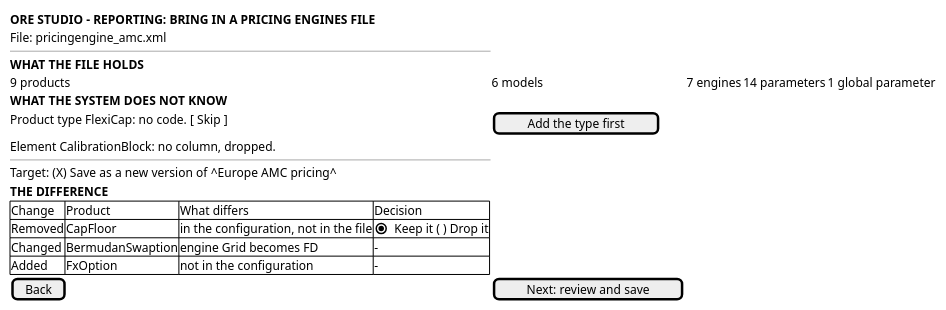
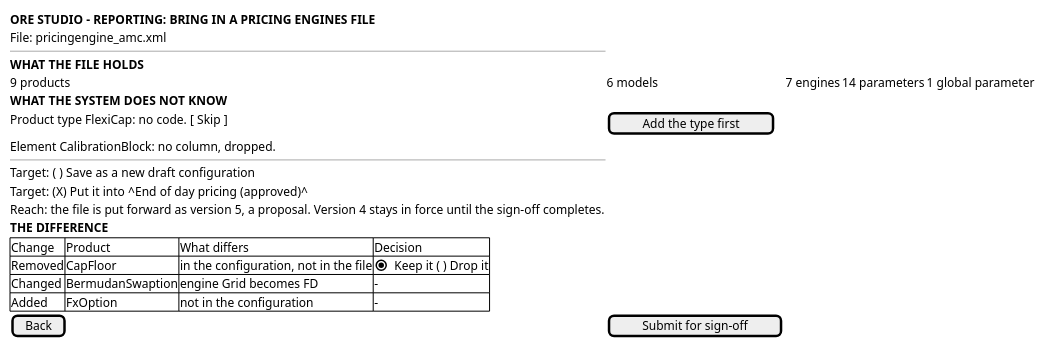
One commit to OreStudio/OreStudio changed the diagram in doc/knowledge/journeys/reporting/wireframe_bring_in_a_pricing_engines_file.puml. Above: the diagram before and after it, drawn with PlantUML. The commit also changed 31 other files, not shown here.

```diff
--- a/doc/knowledge/journeys/reporting/wireframe_bring_in_a_pricing_engines_file.puml
+++ b/doc/knowledge/journeys/reporting/wireframe_bring_in_a_pricing_engines_file.puml
@@ -18,25 +18,27 @@
 @startuml
 
 salt
 {
   <b>ORE STUDIO - REPORTING: BRING IN A PRICING ENGINES FILE</b>
   File: pricingengine_amc.xml
   --
   <b>WHAT THE FILE HOLDS</b>
   9 products | 6 models | 7 engines | 14 parameters | 1 global parameter
   <b>WHAT THE SYSTEM DOES NOT KNOW</b>
   Product type FlexiCap: no code. [ Skip ] | [ Add the type first ]
   Element CalibrationBlock: no column, dropped.
   --
-  Target: (X) Save as a new version of ^Europe AMC pricing^
+  Target: ( ) Save as a new draft configuration
+  Target: (X) Put it into ^End of day pricing (approved)^
+  Reach: the file is put forward as version 5, a proposal. Version 4 stays in force until the sign-off completes.
   <b>THE DIFFERENCE</b>
   {#
     Change | Product | What differs | Decision
     Removed | CapFloor | in the configuration, not in the file | (X) Keep it ( ) Drop it
     Changed | BermudanSwaption | engine Grid becomes FD | -
     Added | FxOption | not in the configuration | -
   }
-  [ Back ] | [ Next: review and save ]
+  [ Back ] | [ Submit for sign-off ]
 }
 
 @enduml
```
